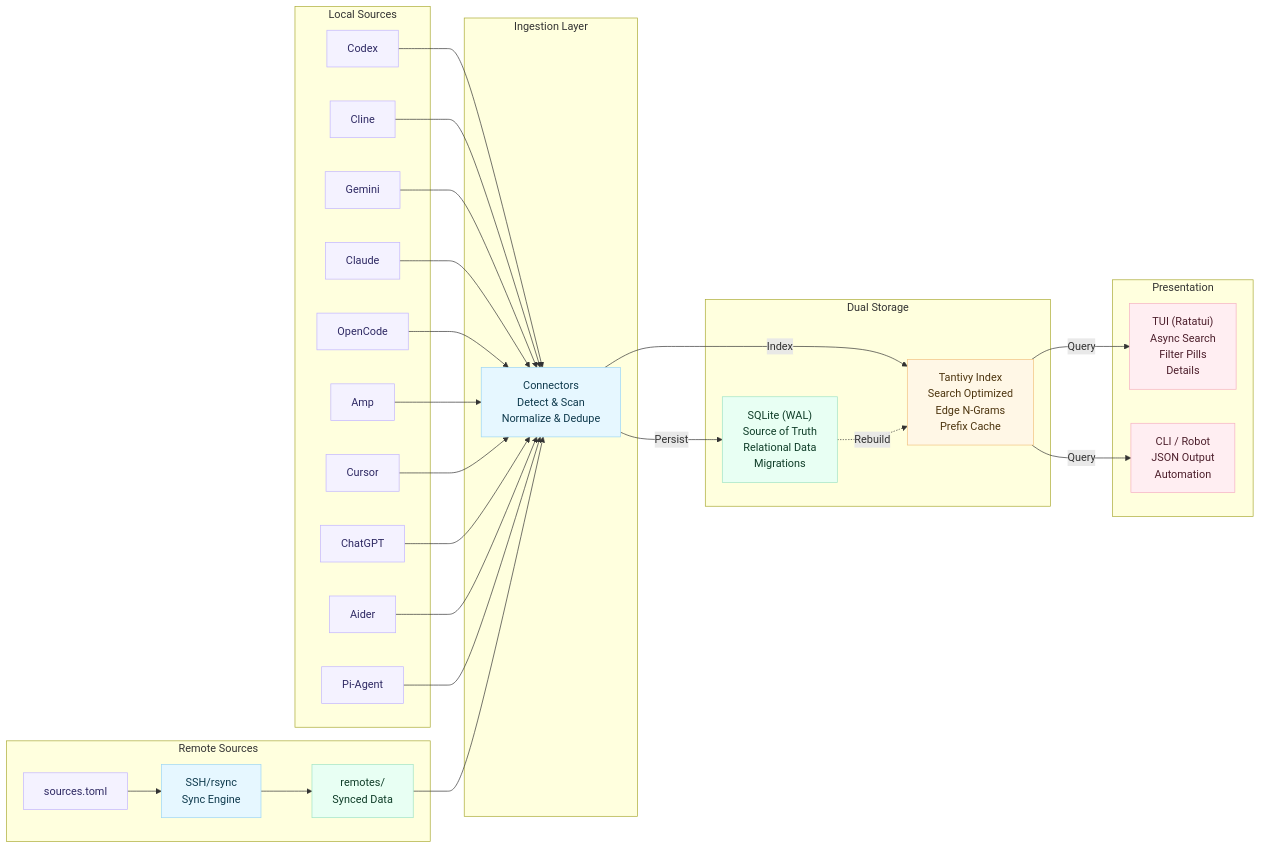
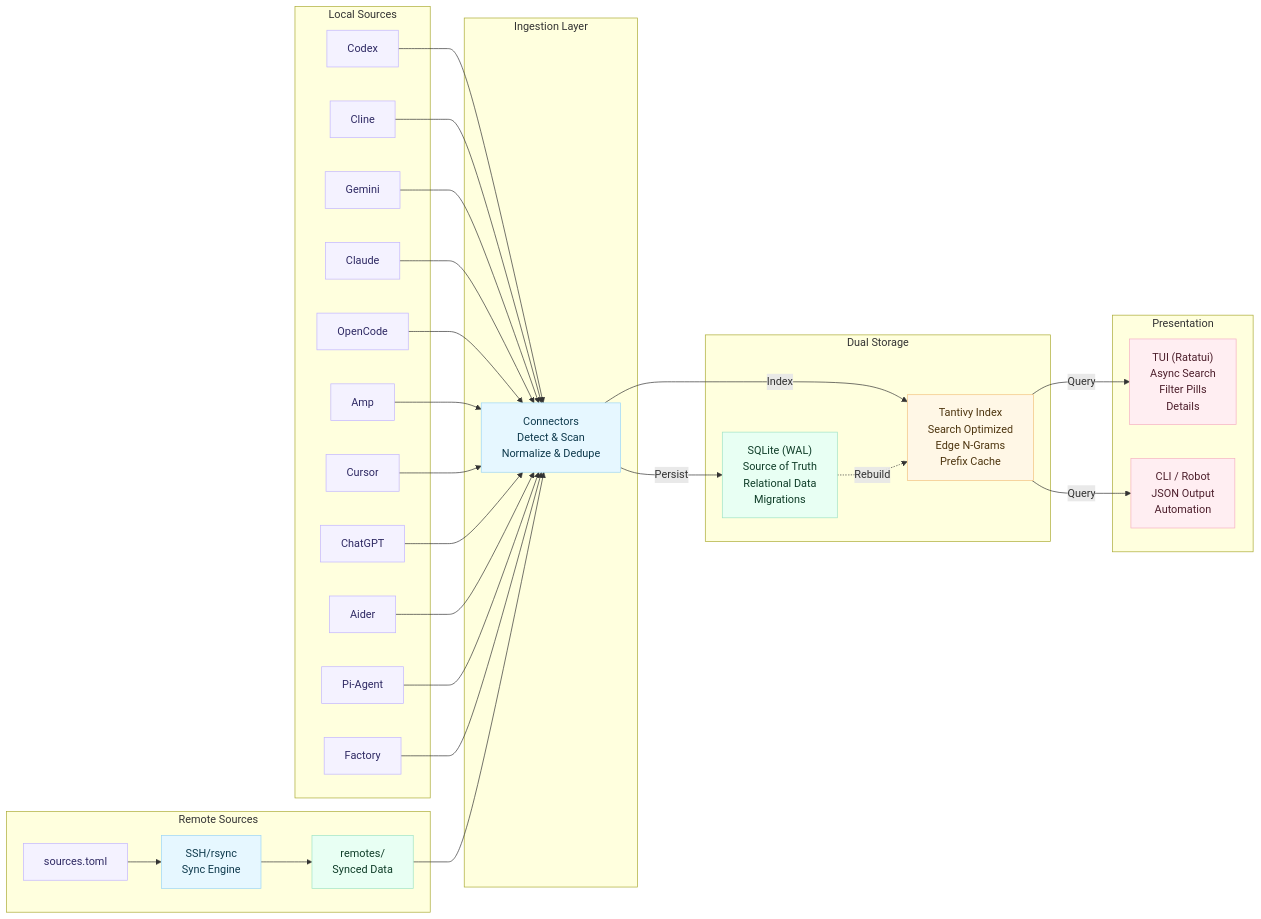
Before and after one commit to joyshmitz/coding_agent_session_search: the second of 3 diagrams in README.md, drawn with Mermaid. The commit also changed other lines of this file and 3 other files, not shown here.

````diff
--- a/README.md
+++ b/README.md
@@ -1074,60 +1080,62 @@
 ```mermaid
 flowchart LR
  classDef pastel fill:#f4f2ff,stroke:#c2b5ff,color:#2e2963;
  classDef pastel2 fill:#e6f7ff,stroke:#9bd5f5,color:#0f3a4d;
  classDef pastel3 fill:#e8fff3,stroke:#9fe3c5,color:#0f3d28;
  classDef pastel4 fill:#fff7e6,stroke:#f2c27f,color:#4d350f;
  classDef pastel5 fill:#ffeef2,stroke:#f5b0c2,color:#4d1f2c;
 
  subgraph Sources["Local Sources"]
  A1[Codex]:::pastel
  A2[Cline]:::pastel
  A3[Gemini]:::pastel
  A4[Claude]:::pastel
  A5[OpenCode]:::pastel
  A6[Amp]:::pastel
  A7[Cursor]:::pastel
  A8[ChatGPT]:::pastel
  A9[Aider]:::pastel
  A10[Pi-Agent]:::pastel
+ A11[Factory]:::pastel
  end
 
  subgraph Remote["Remote Sources"]
  R1["sources.toml"]:::pastel
  R2["SSH/rsync\nSync Engine"]:::pastel2
  R3["remotes/\nSynced Data"]:::pastel3
  end
 
  subgraph "Ingestion Layer"
  C1["Connectors\nDetect & Scan\nNormalize & Dedupe"]:::pastel2
  end
 
  subgraph "Dual Storage"
  S1["SQLite (WAL)\nSource of Truth\nRelational Data\nMigrations"]:::pastel3
  T1["Tantivy Index\nSearch Optimized\nEdge N-Grams\nPrefix Cache"]:::pastel4
  end
 
  subgraph "Presentation"
  U1["TUI (Ratatui)\nAsync Search\nFilter Pills\nDetails"]:::pastel5
  U2["CLI / Robot\nJSON Output\nAutomation"]:::pastel5
  end
 
  A1 --> C1
  A2 --> C1
  A3 --> C1
  A4 --> C1
  A5 --> C1
  A6 --> C1
  A7 --> C1
  A8 --> C1
  A9 --> C1
  A10 --> C1
+ A11 --> C1
  R1 --> R2
  R2 --> R3
  R3 --> C1
  C1 -->|Persist| S1
  C1 -->|Index| T1
  S1 -.->|Rebuild| T1
  T1 -->|Query| U1
  T1 -->|Query| U2
 ```
````
